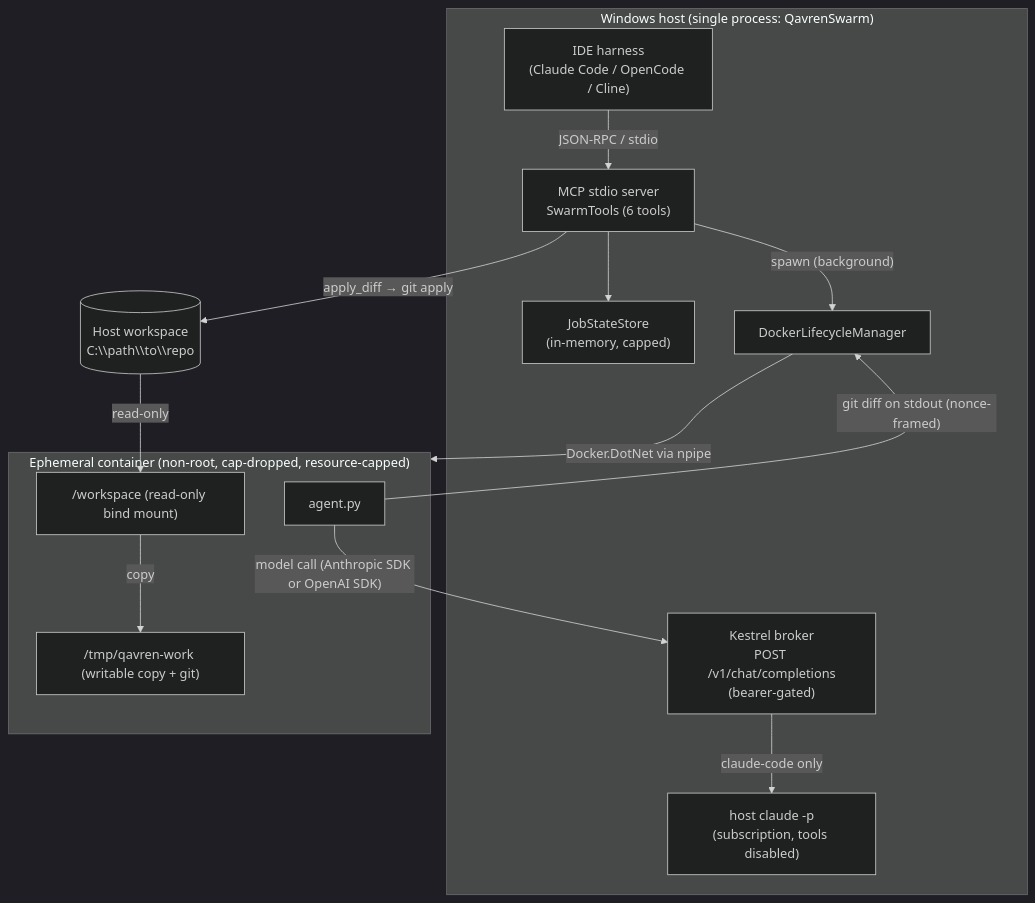
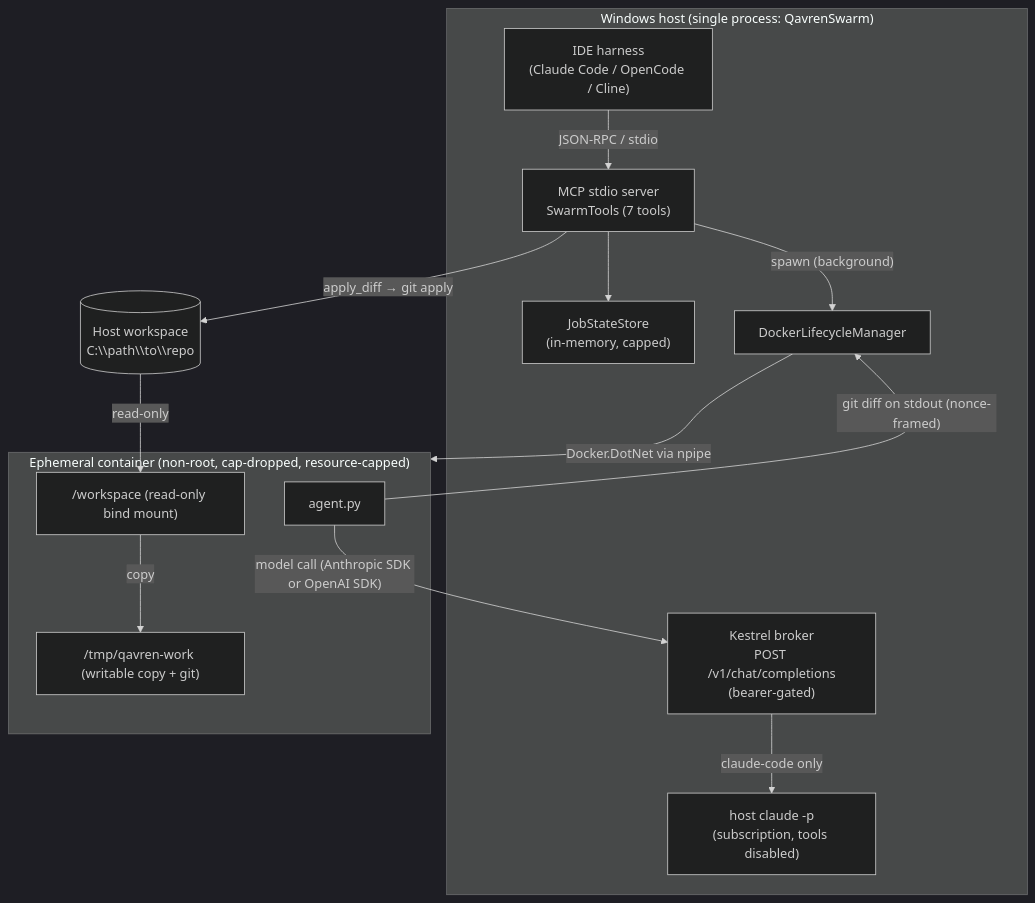
Before and after one commit to stevenfackley/Qavren-Swarm: the diagram in README.md, drawn with Mermaid (dark theme). The commit also changed other lines of this file and 3 other files, not shown here.

````diff
--- a/README.md
+++ b/README.md
@@ -30,30 +30,30 @@
 ```mermaid
 flowchart TB
     subgraph host["Windows host (single process: QavrenSwarm)"]
         IDE["IDE harness<br/>(Claude Code / OpenCode / Cline)"]
-        MCP["MCP stdio server<br/>SwarmTools (6 tools)"]
+        MCP["MCP stdio server<br/>SwarmTools (7 tools)"]
         STORE["JobStateStore<br/>(in-memory, capped)"]
         DLM["DockerLifecycleManager"]
         BROKER["Kestrel broker<br/>POST /v1/chat/completions<br/>(bearer-gated)"]
         CLAUDE["host claude -p<br/>(subscription, tools disabled)"]
     end
 
     subgraph container["Ephemeral container (non-root, cap-dropped, resource-capped)"]
         AGENT["agent.py"]
         WS["/workspace (read-only bind mount)"]
         WORK["/tmp/qavren-work (writable copy + git)"]
     end
 
     HOSTFS[("Host workspace<br/>C:\\path\\to\\repo")]
 
     IDE -- "JSON-RPC / stdio" --> MCP
     MCP --> STORE
     MCP -- "spawn (background)" --> DLM
     DLM -- "Docker.DotNet via npipe" --> container
     HOSTFS -- "read-only" --> WS
     WS -- "copy" --> WORK
     AGENT -- "model call (Anthropic SDK or OpenAI SDK)" --> BROKER
     BROKER -- "claude-code only" --> CLAUDE
     AGENT -- "git diff on stdout (nonce-framed)" --> DLM
     MCP -- "apply_diff → git apply" --> HOSTFS
 ```
````
